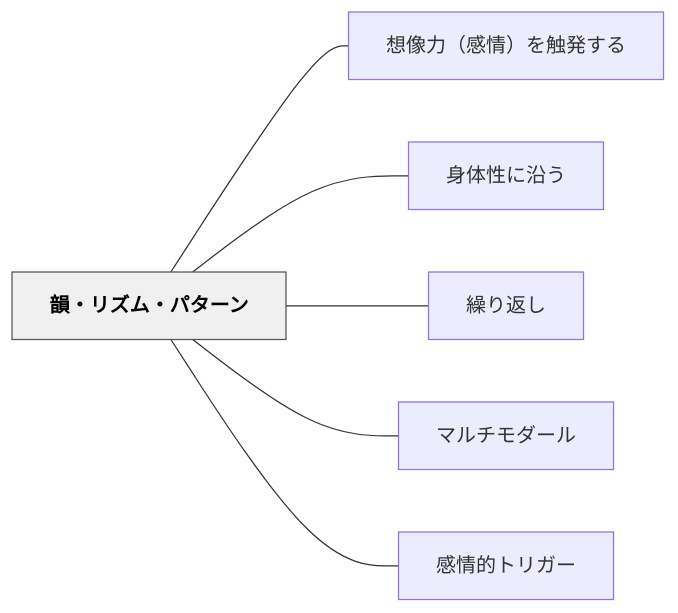
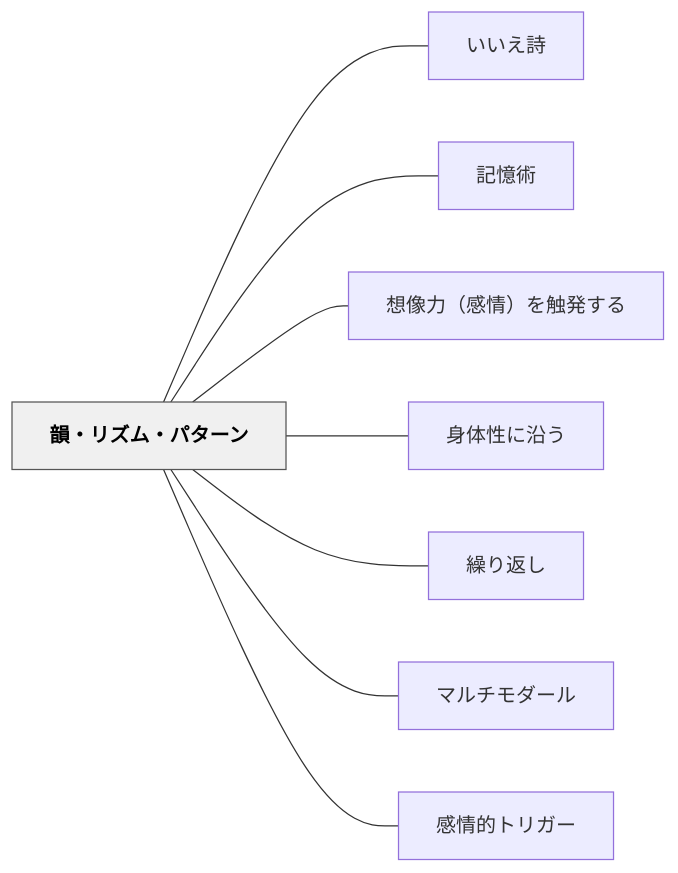
The diagram in content/パタン/韻・リズム・パターン.md (unknownthings-ed-patterns/unknownthings-ed-patterns), drawn with Mermaid before and after one commit. The commit also changed other lines of this file and 473 other files, not shown here.

````diff
--- a/content/パタン/韻・リズム・パターン.md
+++ b/content/パタン/韻・リズム・パターン.md
@@ -61,18 +63,22 @@
 ```mermaid
 flowchart LR
     ne99fbbe383bb["韻・リズム・パターン"]
+    ne38184e38184["いいえ詩"]
+    ne8a898e686b6["記憶術"]
     ne683b3e5838f["想像力（感情）を触発する"]
     ne8baabe4bd93["身体性に沿う"]
     ne7b9b0e3828a["繰り返し"]
     ne3839ee383ab["マルチモダール"]
     ne6849fe68385["感情的トリガー"]
 
+    ne99fbbe383bb --- ne38184e38184
+    ne99fbbe383bb --- ne8a898e686b6
     ne99fbbe383bb --- ne683b3e5838f
     ne99fbbe383bb --- ne8baabe4bd93
     ne99fbbe383bb --- ne7b9b0e3828a
     ne99fbbe383bb --- ne3839ee383ab
     ne99fbbe383bb --- ne6849fe68385
 
     classDef hub fill:#f0f0f0,stroke:#555,color:#000,font-weight:bold
     class ne99fbbe383bb hub
 ```
````
